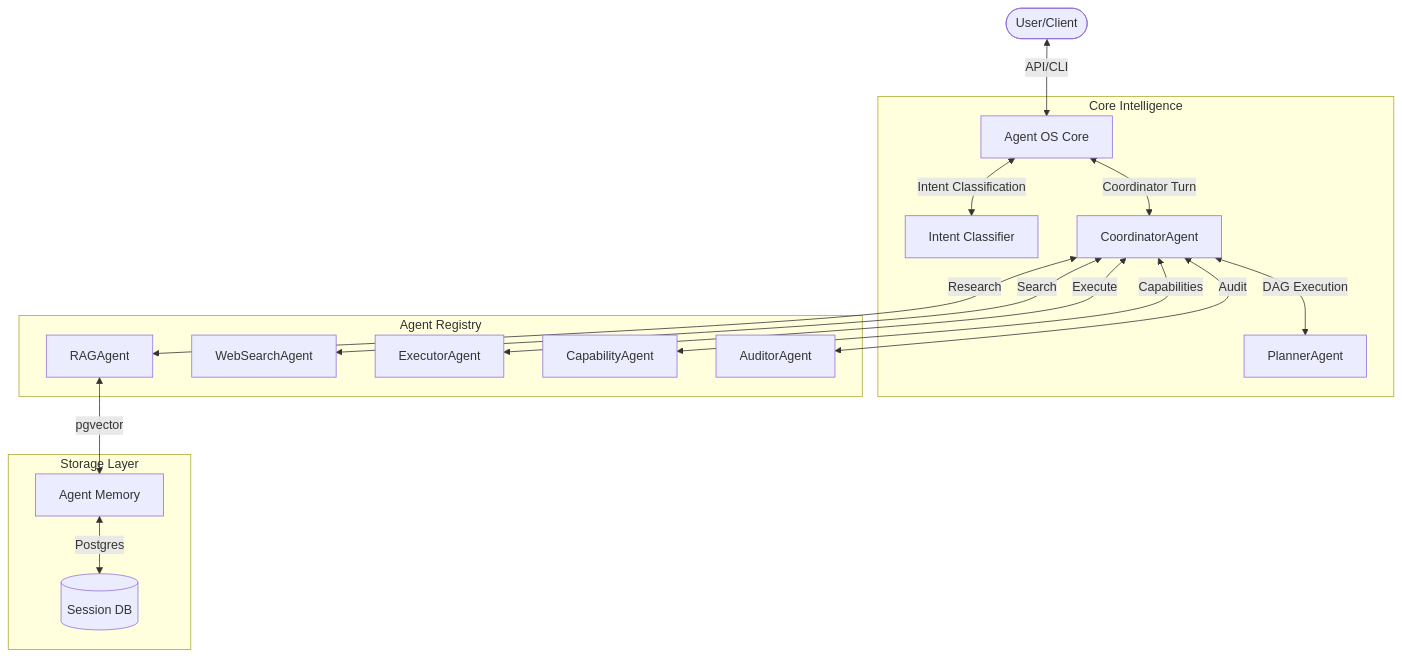
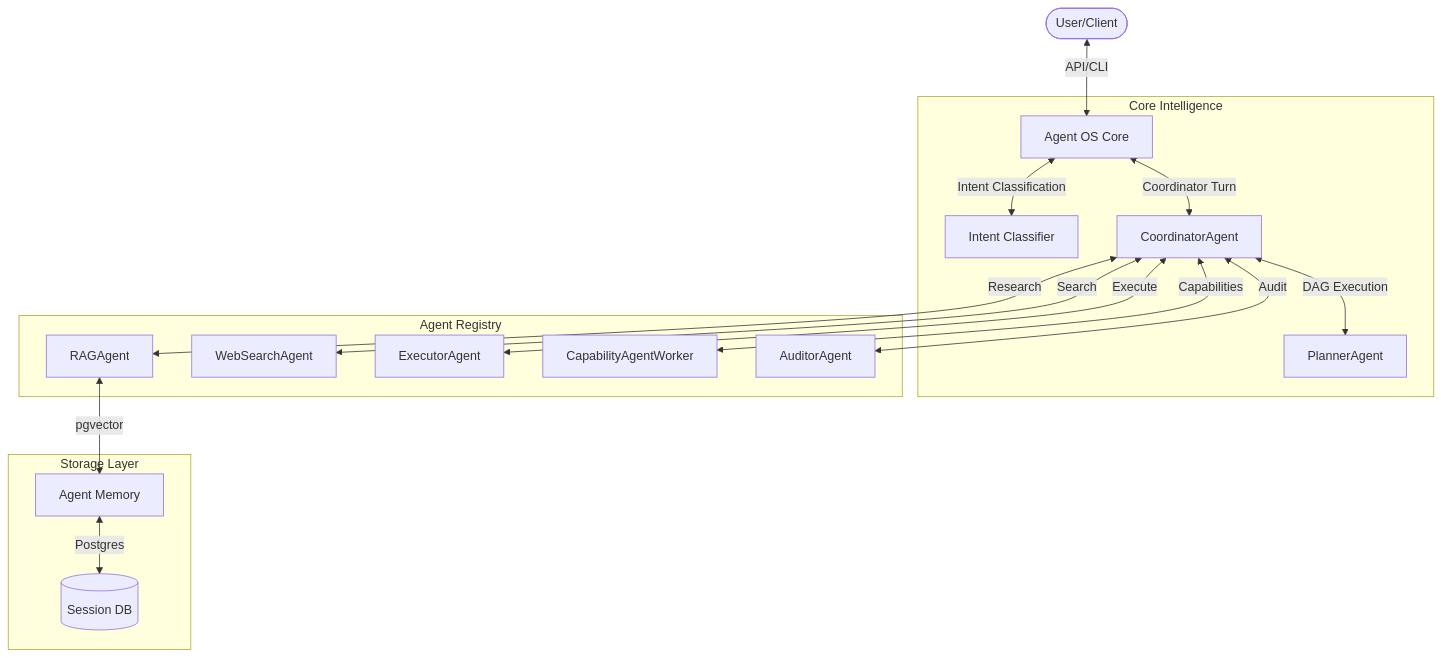
Before and after one commit to savyasachi6/agentic_os: the diagram in README.md, drawn with Mermaid. The commit also changed other lines of this file and 2880 other files, not shown here.

Commit message:
Stabilize Agentic OS (Phases 1-4): Runtime hardening, layout segregation, cleanup, and capability agent optimization.

````diff
--- a/README.md
+++ b/README.md
@@ -11,23 +11,23 @@
 ```mermaid
 graph TD
     User([User/Client]) <-->|API/CLI| Core[Agent OS Core]
     
     subgraph "Core Intelligence"
         Core <-->|Intent Classification| IC[Intent Classifier]
         Core <-->|Coordinator Turn| C[CoordinatorAgent]
         C <-->|DAG Execution| P[PlannerAgent]
     end
 
     subgraph "Agent Registry"
         C <-->|Research| RAG[RAGAgent]
         C <-->|Search| WS[WebSearchAgent]
         C <-->|Execute| EX[ExecutorAgent]
-        C <-->|Capabilities| CAP[CapabilityAgent]
+        C <-->|Capabilities| CAP[CapabilityAgentWorker]
         C <-->|Audit| AD[AuditorAgent]
     end
 
     subgraph "Storage Layer"
         RAG <-->|pgvector| AM[Agent Memory]
         AM <-->|Postgres| DB[(Session DB)]
     end
 ```
````
